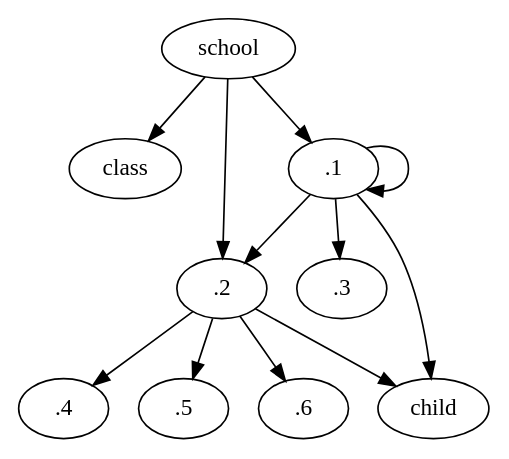
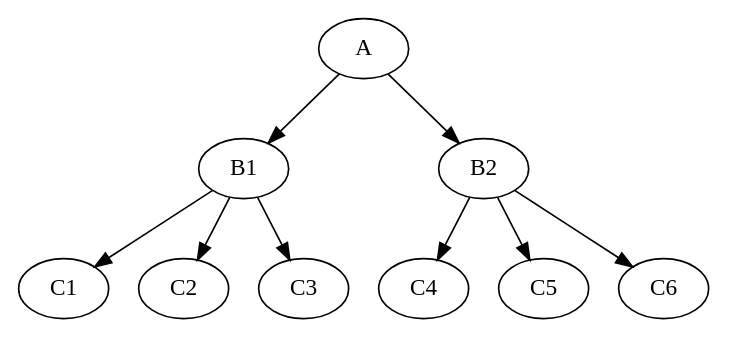
One commit to robayedavies/grad-psych-stats changed the diagram in 01-multilevel.qmd. Above: the diagram before and after it, drawn with Graphviz. The commit also changed 2 other files, not shown here.

Commit message:
-- DONE -- fix hierarchy diagram

````diff
--- a/01-multilevel.qmd
+++ b/01-multilevel.qmd
@@ -336,16 +336,16 @@
 ```{dot}
 //| fig-width: 5
 //| label: fig-hierarchy
 //| fig-cap: Multilevel or hierarchically structured data
-//| fig-alt: The diagram shows a hierarchy of nodes. At the top, node school has arrows down to nodes class.1 and class.2. Nodes class.1 and class.2 are on the same level. class.1 has arrows to nodes child.1, child.2 and child.3. class.2 has arrows to nodes child.4, child.5 and child.6. 
+//| fig-alt: The diagram shows a hierarchy of nodes. At the top, node school A has arrows down to nodes class B1 and class B2. Nodes class B1 and class B2 are on the same level. Class B1 has arrows to nodes child C1, C2 and C3. Class B2 has arrows to nodes child C4, C5 and C6. 
 
 digraph D {
 
-  school -> {class.1, class.2}
+  A -> {B1, B2}
   
-  class.1 -> {child.1, child.2, child.3}
+  B1 -> {C1, C2, C3}
 
-  class.2 -> {child.4, child.5, child.6}
+  B2 -> {C4, C5, C6}
 
 }
 ```
````
